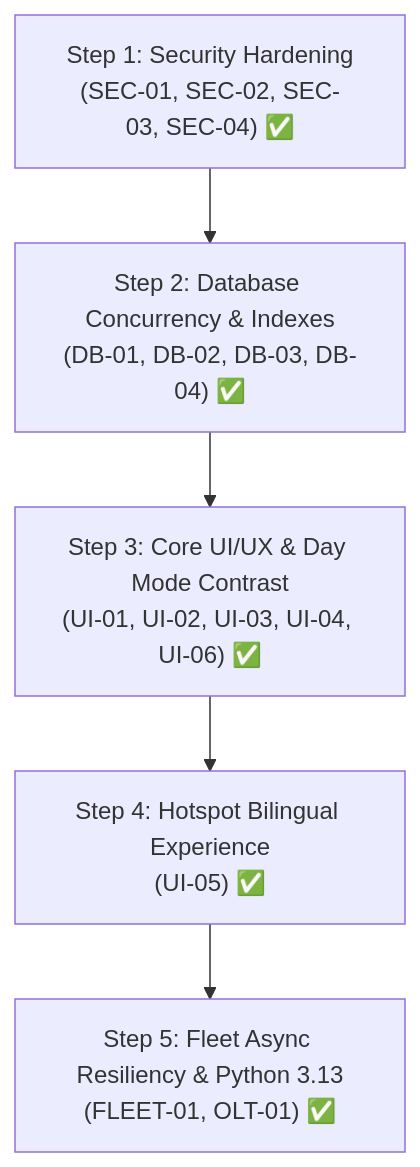
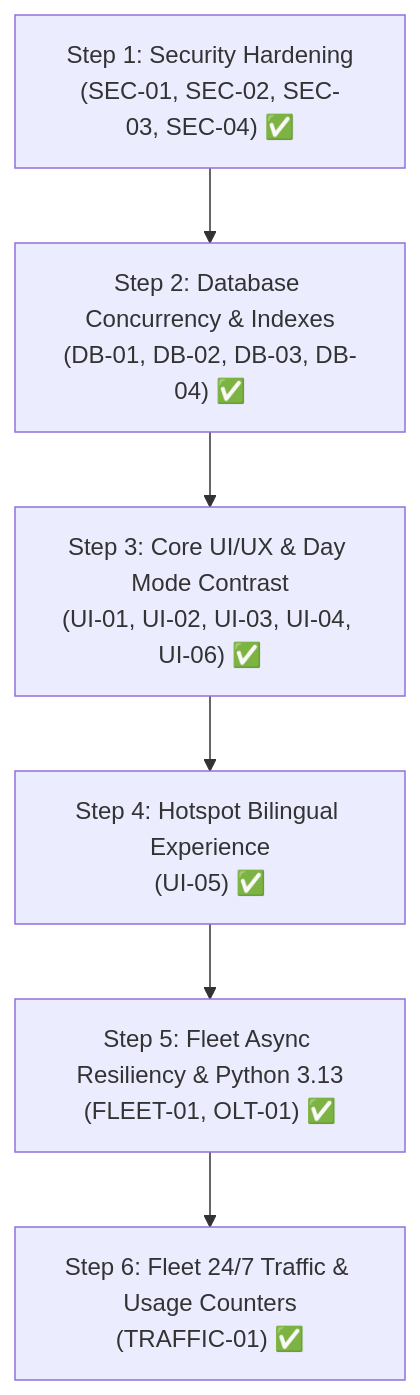
Before and after one commit to ShajjadKhan/ispv2: the diagram in AUDIT_AND_WORK_PROGRESS.md, drawn with Mermaid. The commit also changed other lines of this file, not shown here.

Commit message:
docs: record TRAFFIC-01 audit completion and verification in work progress log

````diff
--- a/AUDIT_AND_WORK_PROGRESS.md
+++ b/AUDIT_AND_WORK_PROGRESS.md
@@ -287,13 +310,15 @@
 ```mermaid
 flowchart TD
     Step1["Step 1: Security Hardening\n(SEC-01, SEC-02, SEC-03, SEC-04) ✅"]
     Step2["Step 2: Database Concurrency & Indexes\n(DB-01, DB-02, DB-03, DB-04) ✅"]
     Step3["Step 3: Core UI/UX & Day Mode Contrast\n(UI-01, UI-02, UI-03, UI-04, UI-06) ✅"]
     Step4["Step 4: Hotspot Bilingual Experience\n(UI-05) ✅"]
     Step5["Step 5: Fleet Async Resiliency & Python 3.13\n(FLEET-01, OLT-01) ✅"]
+    Step6["Step 6: Fleet 24/7 Traffic & Usage Counters\n(TRAFFIC-01) ✅"]
 
     Step1 --> Step2
     Step2 --> Step3
     Step3 --> Step4
     Step4 --> Step5
+    Step5 --> Step6
 ```
````
